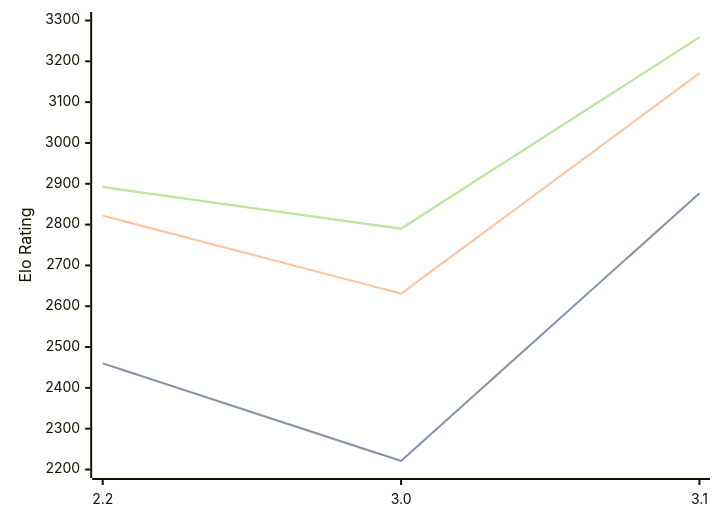
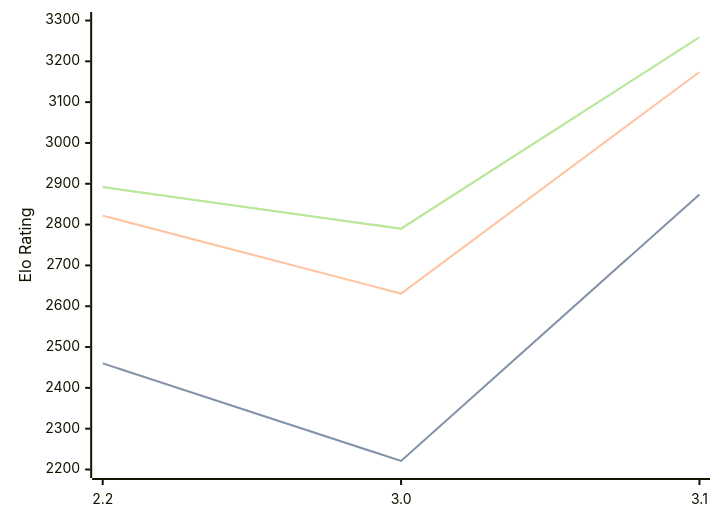
The diagram in engines/Thrawn.md (computer-chess-index/cci), drawn with Mermaid before and after one commit. The commit also changed other lines of this file, not shown here.

````diff
--- a/engines/Thrawn.md
+++ b/engines/Thrawn.md
@@ -33,11 +33,11 @@
 ```mermaid
 %%{init: {"theme":"base","themeVariables":{"seriesColors:['#a3a3a3','#222221','#faa371']}}}%%
 xychart-beta
   x-axis ["2.2", "3.0", "3.1"]
   y-axis "Elo Rating" 2200 --> 3300
-  line "STC (8.0+0.08s)" [2460, 2221, 2877]
-  line "STC (8.0+0.08s)" [2460, 2221, 2877]
-  line "LTC (60.0+0.60s)" [2822, 2631, 3171]
+  line "STC (8.0+0.08s)" [2460, 2221, 2874]
+  line "STC (8.0+0.08s)" [2460, 2221, 2874]
+  line "LTC (60.0+0.60s)" [2822, 2631, 3174]
   line "VLTC (2m24s+1.12s)" [2892, 2790, 3259]
   line "VLTC (2m24s+1.12s)" [2892, 2790, 3259]
 ```
````
